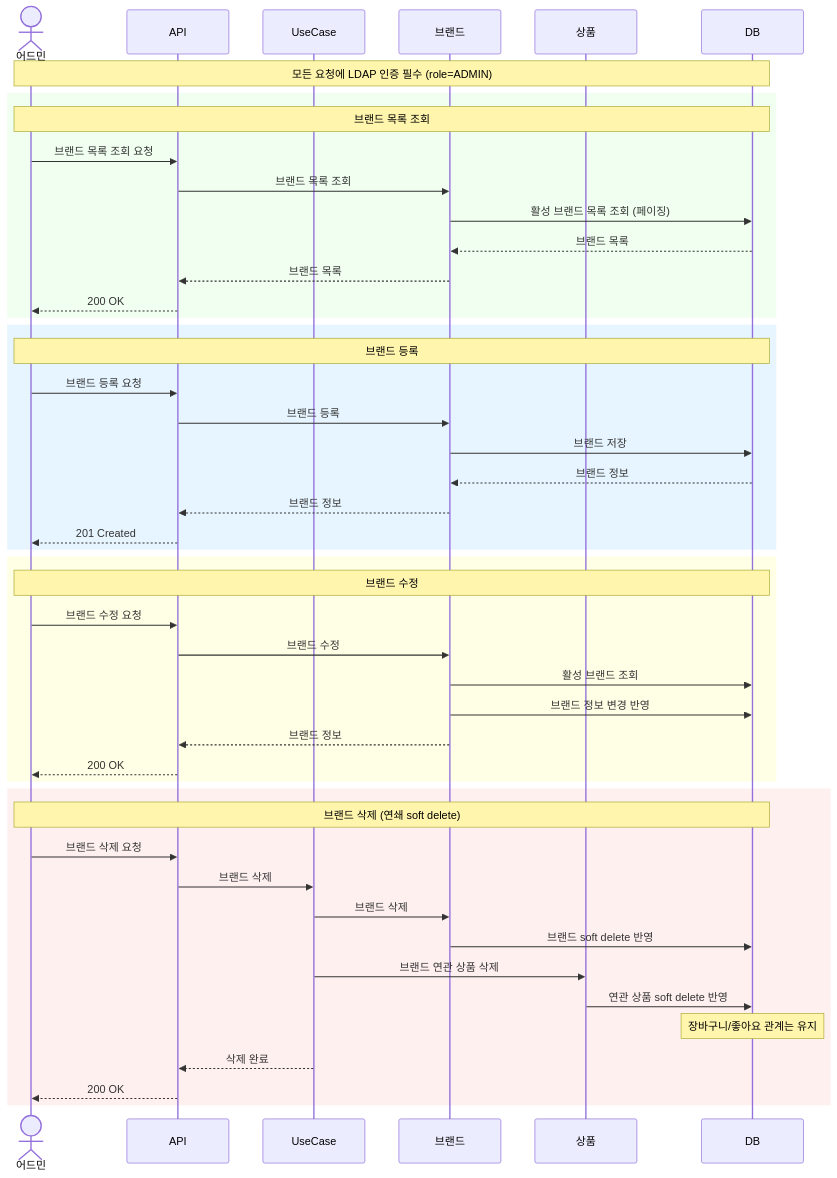
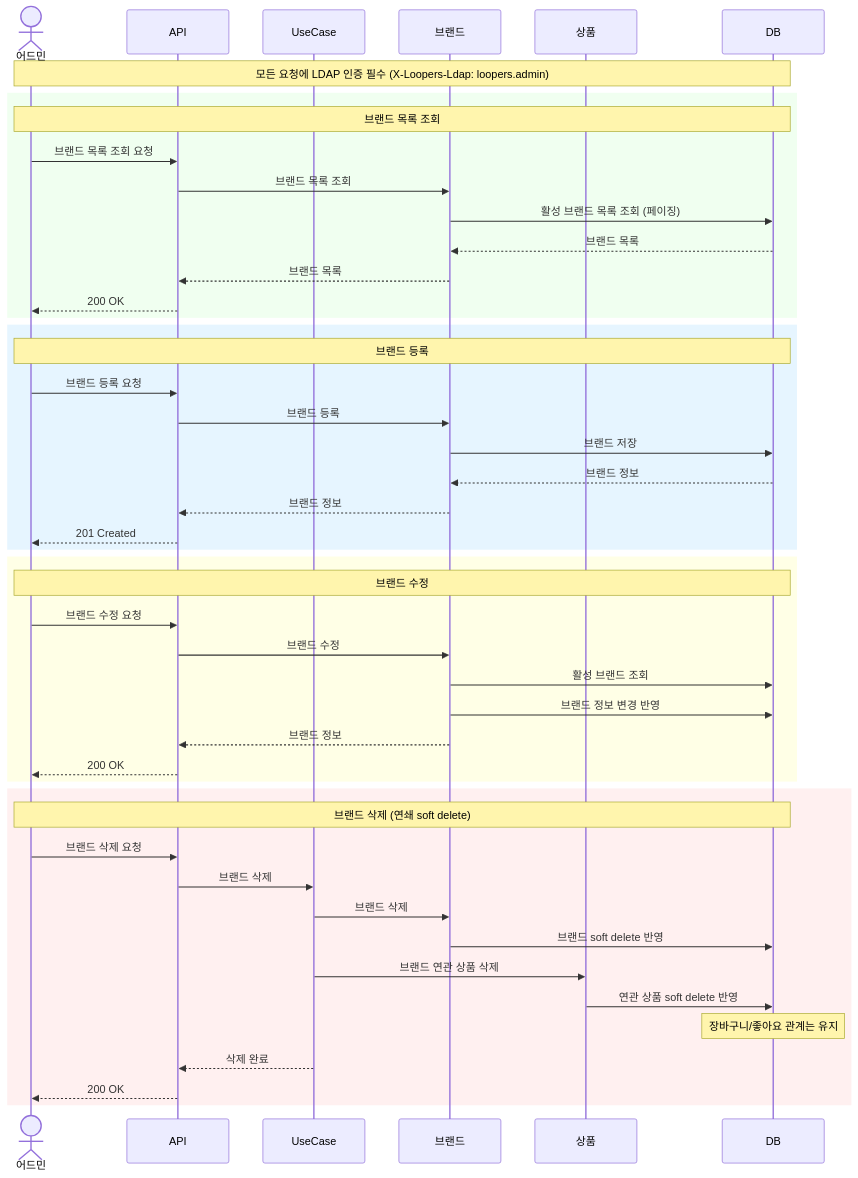
Diagram 15 of 17 in docs/design/02-sequence-diagrams.md (najang/loop-pack-be-l2-vol3-java), drawn with Mermaid before and after one commit. The commit also changed 3 other files, not shown here.

Commit message:
refactor: User role 필드 제거, 어드민 인증 방식 통일

````diff
--- a/docs/design/02-sequence-diagrams.md
+++ b/docs/design/02-sequence-diagrams.md
@@ -626,57 +626,57 @@
 ```mermaid
 sequenceDiagram
     actor 어드민
     participant API
     participant UseCase
     participant 브랜드
     participant 상품
     participant DB
 
-    Note over 어드민,DB: 모든 요청에 LDAP 인증 필수 (role=ADMIN)
+    Note over 어드민,DB: 모든 요청에 LDAP 인증 필수 (X-Loopers-Ldap: loopers.admin)
 
     rect rgb(240, 255, 240)
         Note over 어드민,DB: 브랜드 목록 조회
         어드민->>API: 브랜드 목록 조회 요청
         API->>브랜드: 브랜드 목록 조회
         브랜드->>DB: 활성 브랜드 목록 조회 (페이징)
         DB-->>브랜드: 브랜드 목록
         브랜드-->>API: 브랜드 목록
         API-->>어드민: 200 OK
     end
 
     rect rgb(230, 245, 255)
         Note over 어드민,DB: 브랜드 등록
         어드민->>API: 브랜드 등록 요청
         API->>브랜드: 브랜드 등록
         브랜드->>DB: 브랜드 저장
         DB-->>브랜드: 브랜드 정보
         브랜드-->>API: 브랜드 정보
         API-->>어드민: 201 Created
     end
 
     rect rgb(255, 255, 230)
         Note over 어드민,DB: 브랜드 수정
         어드민->>API: 브랜드 수정 요청
         API->>브랜드: 브랜드 수정
         브랜드->>DB: 활성 브랜드 조회
         브랜드->>DB: 브랜드 정보 변경 반영
         브랜드-->>API: 브랜드 정보
         API-->>어드민: 200 OK
     end
 
     rect rgb(255, 240, 240)
         Note over 어드민,DB: 브랜드 삭제 (연쇄 soft delete)
         어드민->>API: 브랜드 삭제 요청
         API->>UseCase: 브랜드 삭제
 
         UseCase->>브랜드: 브랜드 삭제
         브랜드->>DB: 브랜드 soft delete 반영
 
         UseCase->>상품: 브랜드 연관 상품 삭제
         상품->>DB: 연관 상품 soft delete 반영
         Note over DB: 장바구니/좋아요 관계는 유지
 
         UseCase-->>API: 삭제 완료
         API-->>어드민: 200 OK
     end
 ```
````
